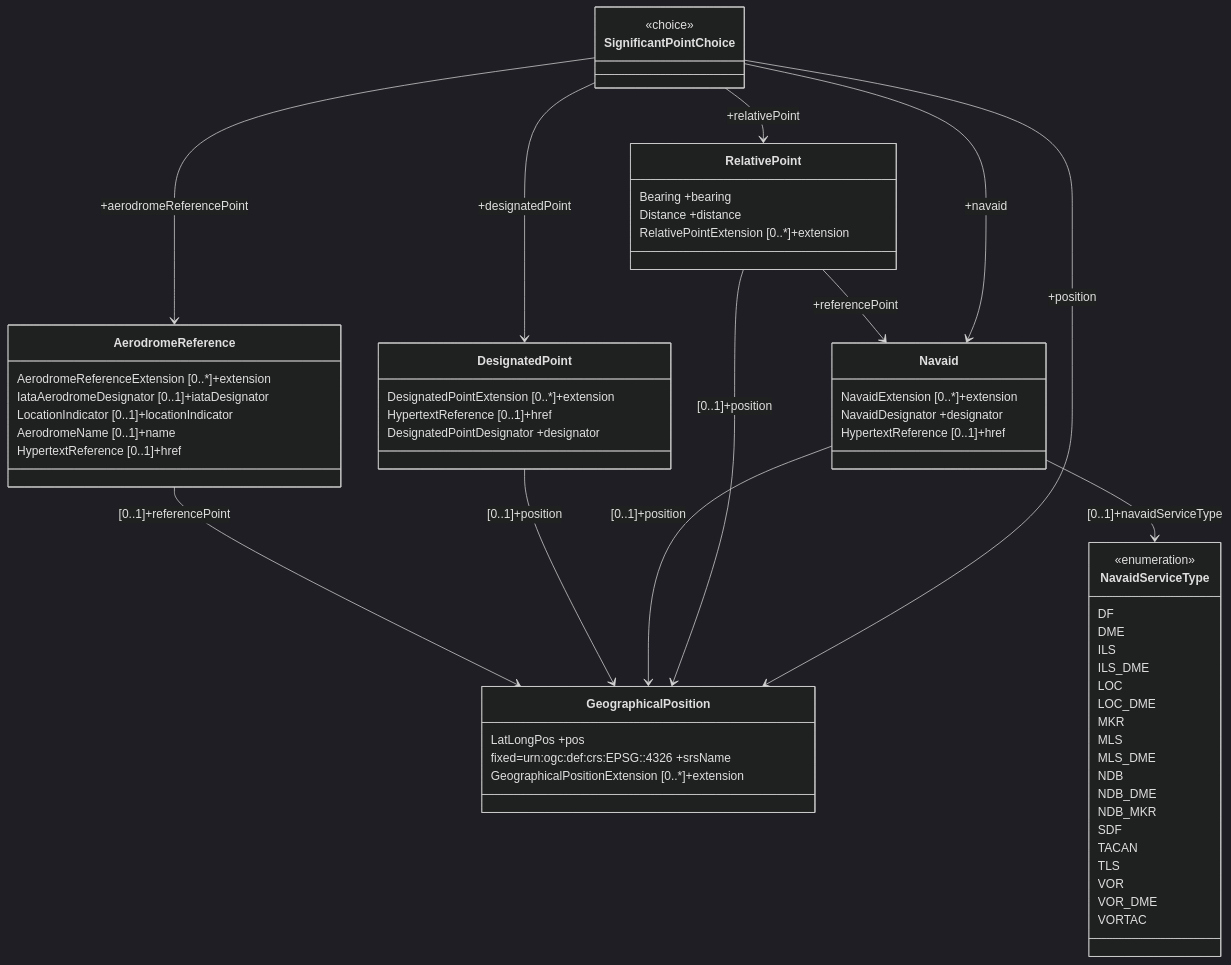
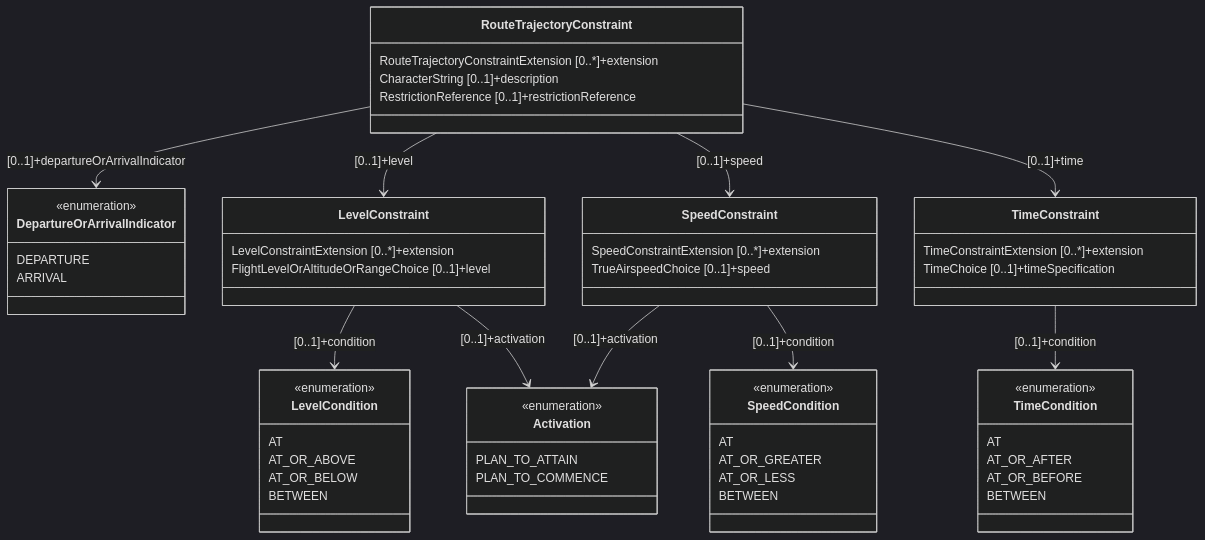
One commit to du-lapin/test_docsify changed the tenth of 22 diagrams in docs/fixm/FIXM_UML_in_mermaid.md. Above: the diagram before and after it, drawn with Mermaid (dark theme). The commit also changed other lines of this file, not shown here.

````diff
--- a/docs/fixm/FIXM_UML_in_mermaid.md
+++ b/docs/fixm/FIXM_UML_in_mermaid.md
@@ -130,65 +732,60 @@
 ```mermaid
 classDiagram
-class SignificantPointChoice
-<<choice>> SignificantPointChoice
-SignificantPointChoice --> AerodromeReference : +aerodromeReferencePoint
-SignificantPointChoice --> DesignatedPoint : +designatedPoint
-SignificantPointChoice --> Navaid : +navaid
-SignificantPointChoice --> GeographicalPosition : +position
-SignificantPointChoice --> RelativePoint : +relativePoint
-link SignificantPointChoice "https://www.fixm.aero/releases/FIXM-4.2.0/doc/schema_documentation/Fixm_SignificantPointChoiceType.html" "Go to XML definition"
-class RelativePoint
-RelativePoint : Bearing +bearing
-RelativePoint : Distance +distance
-RelativePoint : RelativePointExtension [0..*]+extension
-RelativePoint --> GeographicalPosition : [0..1]+position
-RelativePoint --> Navaid : +referencePoint
-link RelativePoint "https://www.fixm.aero/releases/FIXM-4.2.0/doc/schema_documentation/Fixm_RelativePointType.html" "Go to XML definition"
-class Navaid
-Navaid : NavaidExtension [0..*]+extension
-Navaid : NavaidDesignator +designator
-Navaid : HypertextReference [0..1]+href
-Navaid --> NavaidServiceType : [0..1]+navaidServiceType
-Navaid --> GeographicalPosition : [0..1]+position
-link Navaid "https://www.fixm.aero/releases/FIXM-4.2.0/doc/schema_documentation/Fixm_NavaidType.html" "Go to XML definition"
-class GeographicalPosition
-GeographicalPosition : LatLongPos +pos
-GeographicalPosition : fixed#61;urn#58;ogc#58;def#58;crs#58;EPSG#58;#58;4326 +srsName
-GeographicalPosition : GeographicalPositionExtension [0..*]+extension
-link GeographicalPosition "https://www.fixm.aero/releases/FIXM-4.2.0/doc/schema_documentation/Fixm_GeographicalPositionType.html" "Go to XML definition"
-class DesignatedPoint
-DesignatedPoint : DesignatedPointExtension [0..*]+extension
-DesignatedPoint : HypertextReference [0..1]+href
-DesignatedPoint : DesignatedPointDesignator +designator
-DesignatedPoint --> GeographicalPosition : [0..1]+position
-link DesignatedPoint "https://www.fixm.aero/releases/FIXM-4.2.0/doc/schema_documentation/Fixm_DesignatedPointType.html" "Go to XML definition"
-class AerodromeReference
-AerodromeReference : AerodromeReferenceExtension [0..*]+extension
-AerodromeReference : IataAerodromeDesignator [0..1]+iataDesignator
-AerodromeReference : LocationIndicator [0..1]+locationIndicator
-AerodromeReference : AerodromeName [0..1]+name
-AerodromeReference --> GeographicalPosition : [0..1]+referencePoint
-AerodromeReference : HypertextReference [0..1]+href
-link AerodromeReference "https://www.fixm.aero/releases/FIXM-4.2.0/doc/schema_documentation/Fixm_AerodromeReferenceType.html" "Go to XML definition"
-class NavaidServiceType
-<<enumeration>> NavaidServiceType
-NavaidServiceType : DF
-NavaidServiceType : DME
-NavaidServiceType : ILS
-NavaidServiceType : ILS_DME
-NavaidServiceType : LOC
-NavaidServiceType : LOC_DME
-NavaidServiceType : MKR
-NavaidServiceType : MLS
-NavaidServiceType : MLS_DME
-NavaidServiceType : NDB
-NavaidServiceType : NDB_DME
-NavaidServiceType : NDB_MKR
-NavaidServiceType : SDF
-NavaidServiceType : TACAN
-NavaidServiceType : TLS
-NavaidServiceType : VOR
-NavaidServiceType : VOR_DME
-NavaidServiceType : VORTAC
-link NavaidServiceType "https://www.fixm.aero/releases/FIXM-4.2.0/doc/schema_documentation/Fixm_NavaidServiceTypeType.html" "Go to XML definition"
+class TimeCondition
+<<enumeration>> TimeCondition
+TimeCondition : AT
+TimeCondition : AT_OR_AFTER
+TimeCondition : AT_OR_BEFORE
+TimeCondition : BETWEEN
+link TimeCondition "https://www.fixm.aero/releases/FIXM-4.2.0/doc/schema_documentation/Fixm_TimeConditionType.html" "Go to XML definition"
+class LevelCondition
+<<enumeration>> LevelCondition
+LevelCondition : AT
+LevelCondition : AT_OR_ABOVE
+LevelCondition : AT_OR_BELOW
+LevelCondition : BETWEEN
+link LevelCondition "https://www.fixm.aero/releases/FIXM-4.2.0/doc/schema_documentation/Fixm_LevelConditionType.html" "Go to XML definition"
+class Activation
+<<enumeration>> Activation
+Activation : PLAN_TO_ATTAIN
+Activation : PLAN_TO_COMMENCE
+link Activation "https://www.fixm.aero/releases/FIXM-4.2.0/doc/schema_documentation/Fixm_ActivationType.html" "Go to XML definition"
+class SpeedCondition
+<<enumeration>> SpeedCondition
+SpeedCondition : AT
+SpeedCondition : AT_OR_GREATER
+SpeedCondition : AT_OR_LESS
+SpeedCondition : BETWEEN
+link SpeedCondition "https://www.fixm.aero/releases/FIXM-4.2.0/doc/schema_documentation/Fixm_SpeedConditionType.html" "Go to XML definition"
+class DepartureOrArrivalIndicator
+<<enumeration>> DepartureOrArrivalIndicator
+DepartureOrArrivalIndicator : DEPARTURE
+DepartureOrArrivalIndicator : ARRIVAL
+link DepartureOrArrivalIndicator "https://www.fixm.aero/releases/FIXM-4.2.0/doc/schema_documentation/Fixm_DepartureOrArrivalIndicatorType.html" "Go to XML definition"
+class RouteTrajectoryConstraint
+RouteTrajectoryConstraint : RouteTrajectoryConstraintExtension [0..*]+extension
+RouteTrajectoryConstraint : CharacterString [0..1]+description
+RouteTrajectoryConstraint : RestrictionReference [0..1]+restrictionReference
+RouteTrajectoryConstraint --> DepartureOrArrivalIndicator : [0..1]+departureOrArrivalIndicator
+RouteTrajectoryConstraint --> LevelConstraint : [0..1]+level
+RouteTrajectoryConstraint --> SpeedConstraint : [0..1]+speed
+RouteTrajectoryConstraint --> TimeConstraint : [0..1]+time
+link RouteTrajectoryConstraint "https://www.fixm.aero/releases/FIXM-4.2.0/doc/schema_documentation/Fixm_RouteTrajectoryConstraintType.html" "Go to XML definition"
+class TimeConstraint
+TimeConstraint : TimeConstraintExtension [0..*]+extension
+TimeConstraint : TimeChoice [0..1]+timeSpecification
+TimeConstraint --> TimeCondition : [0..1]+condition
+link TimeConstraint "https://www.fixm.aero/releases/FIXM-4.2.0/doc/schema_documentation/Fixm_TimeConstraintType.html" "Go to XML definition"
+class SpeedConstraint
+SpeedConstraint : SpeedConstraintExtension [0..*]+extension
+SpeedConstraint : TrueAirspeedChoice [0..1]+speed
+SpeedConstraint --> Activation : [0..1]+activation
+SpeedConstraint --> SpeedCondition : [0..1]+condition
+link SpeedConstraint "https://www.fixm.aero/releases/FIXM-4.2.0/doc/schema_documentation/Fixm_SpeedConstraintType.html" "Go to XML definition"
+class LevelConstraint
+LevelConstraint : LevelConstraintExtension [0..*]+extension
+LevelConstraint : FlightLevelOrAltitudeOrRangeChoice [0..1]+level
+LevelConstraint --> Activation : [0..1]+activation
+LevelConstraint --> LevelCondition : [0..1]+condition
+link LevelConstraint "https://www.fixm.aero/releases/FIXM-4.2.0/doc/schema_documentation/Fixm_LevelConstraintType.html" "Go to XML definition"
 ```
````
